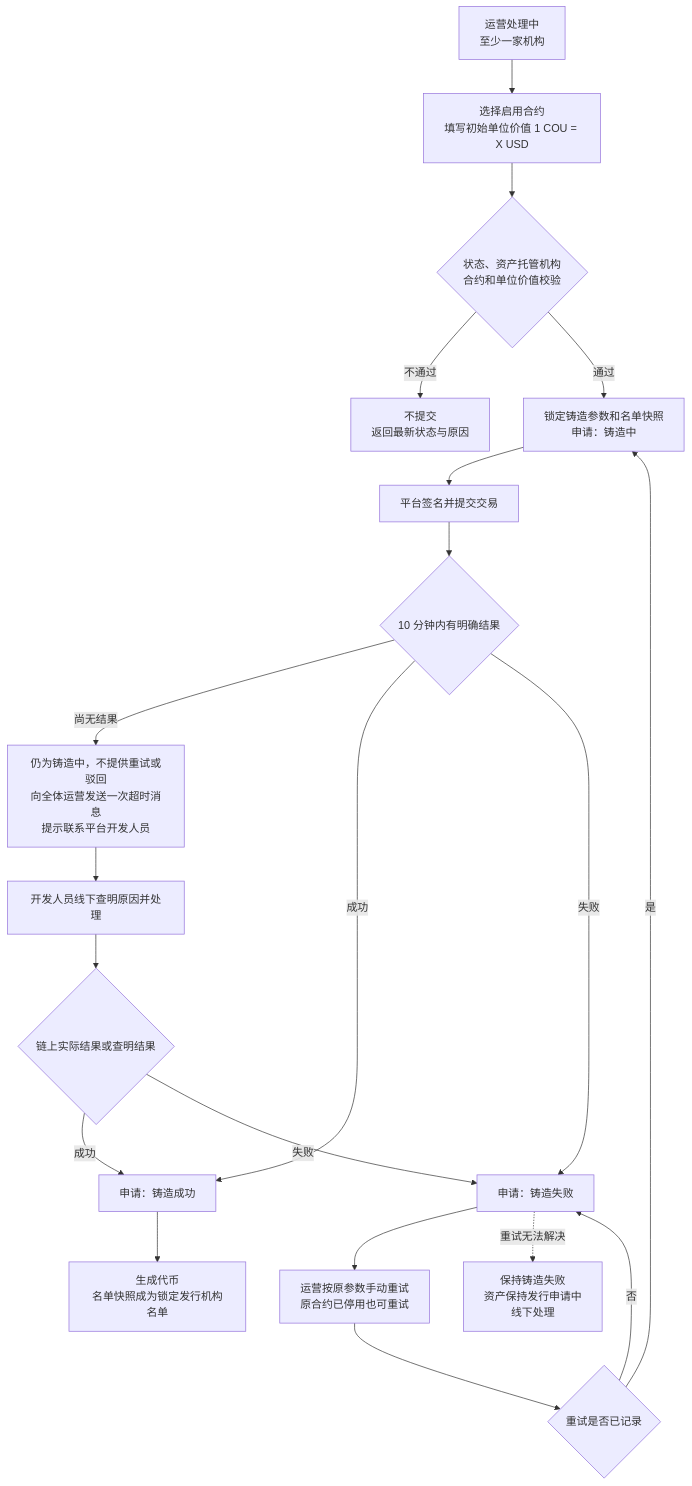
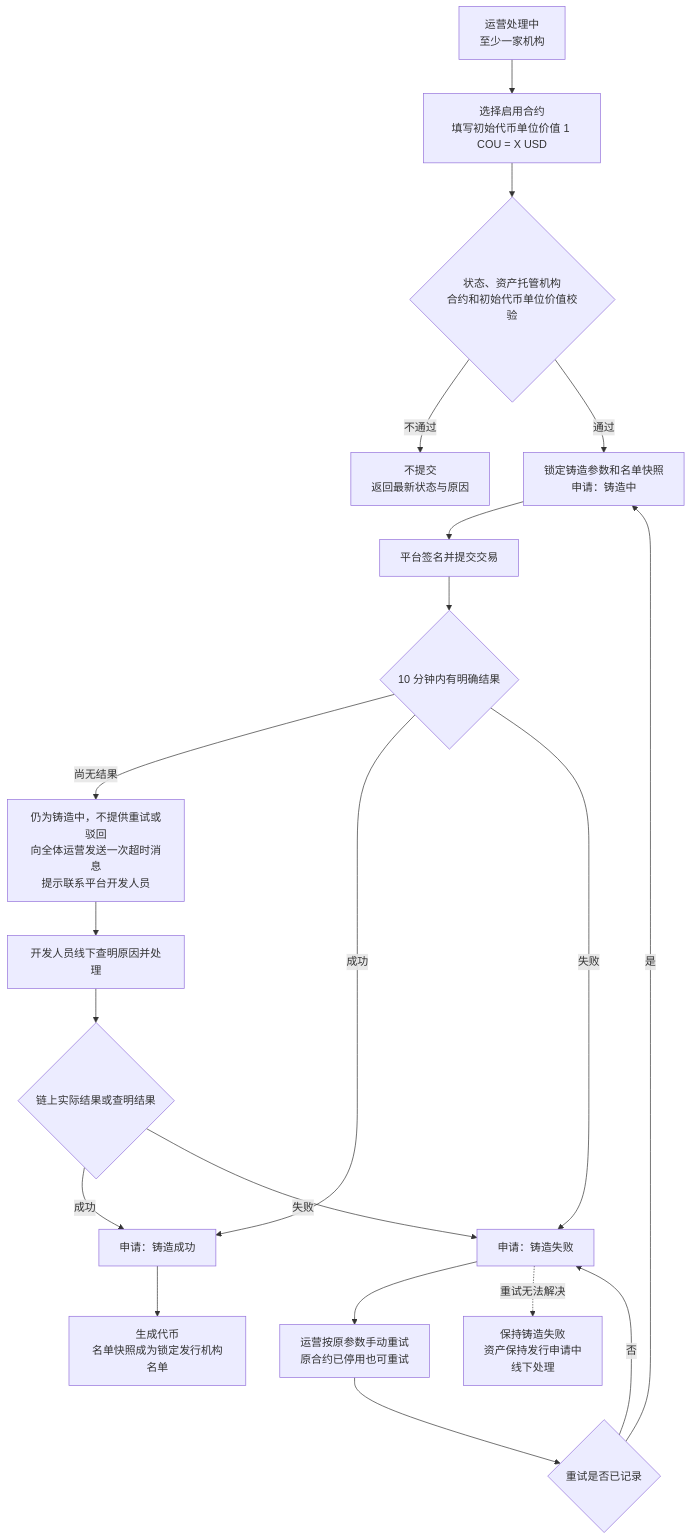
One commit to wxblockchain/Chain-Financing changed the second of 5 diagrams in token-issuance-platform/PRD/管理端/M3b-代币发行-审核与铸造/02-代币发行-审核与铸造-流程图与状态机.md. Above: the diagram before and after it, drawn with Mermaid. The commit also changed other lines of this file and 20 other files, not shown here.

````diff
--- a/token-issuance-platform/PRD/管理端/M3b-代币发行-审核与铸造/02-代币发行-审核与铸造-流程图与状态机.md
+++ b/token-issuance-platform/PRD/管理端/M3b-代币发行-审核与铸造/02-代币发行-审核与铸造-流程图与状态机.md
@@ -54,22 +54,22 @@
 ```mermaid
 flowchart TD
-    A[运营处理中<br/>至少一家机构] --> B[选择启用合约<br/>填写初始单位价值 1 COU = X USD]
-    B --> C{状态、资产托管机构<br/>合约和单位价值校验}
+    A[运营处理中<br/>至少一家机构] --> B[选择启用合约<br/>填写初始代币单位价值 1 COU = X USD]
+    B --> C{状态、资产托管机构<br/>合约和初始代币单位价值校验}
     C -->|不通过| D[不提交<br/>返回最新状态与原因]
     C -->|通过| E[锁定铸造参数和名单快照<br/>申请：铸造中]
     E --> F[平台签名并提交交易]
     F --> G{10 分钟内有明确结果}
     G -->|尚无结果| H[仍为铸造中，不提供重试或驳回<br/>向全体运营发送一次超时消息<br/>提示联系平台开发人员]
     H --> I[开发人员线下查明原因并处理]
     I --> I2{链上实际结果或查明结果}
     G -->|成功| J[申请：铸造成功]
     G -->|失败| K[申请：铸造失败]
     I2 -->|成功| J
     I2 -->|失败| K
     K --> L[运营按原参数手动重试<br/>原合约已停用也可重试]
     L --> L2{重试是否已记录}
     L2 -->|否| K
     L2 -->|是| E
     K -.重试无法解决.-> N[保持铸造失败<br/>资产保持发行申请中<br/>线下处理]
     J --> M[生成代币<br/>名单快照成为锁定发行机构名单]
 ```
````
